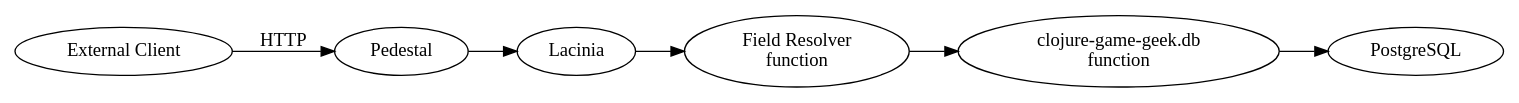
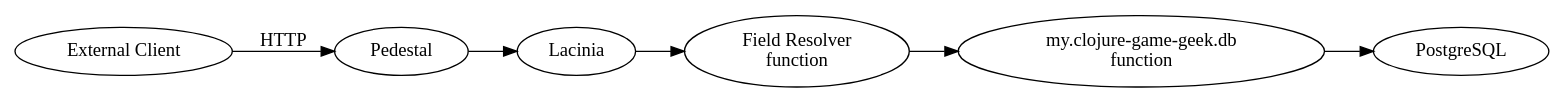
One commit to walmartlabs/lacinia changed the diagram in docs/tutorial/testing-1.rst. Above: the diagram before and after it, drawn with Graphviz. The commit also changed other lines of this file and 8 other files, not shown here.

```diff
--- a/docs/tutorial/testing-1.rst
+++ b/docs/tutorial/testing-1.rst
@@ -54,14 +80,13 @@
 .. graphviz::
 
     digraph {
 
       graph [rankdir=LR];
 
       client [label="External Client"]
       fieldresolver [label="Field Resolver\nfunction"]
-      dbaccess [label="clojure-game-geek.db\nfunction"]
-
+      dbaccess [label="my.clojure-game-geek.db\nfunction"]
       client -> Pedestal [label="HTTP"]
       Pedestal -> Lacinia -> fieldresolver -> dbaccess -> PostgreSQL
 
     }
```
